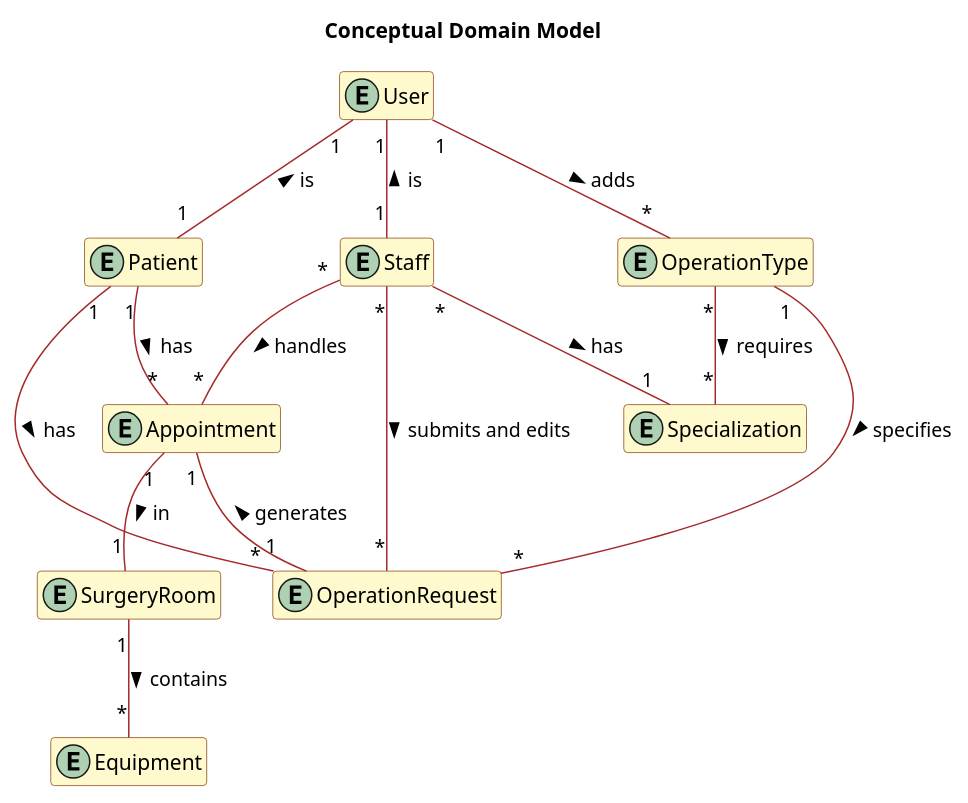
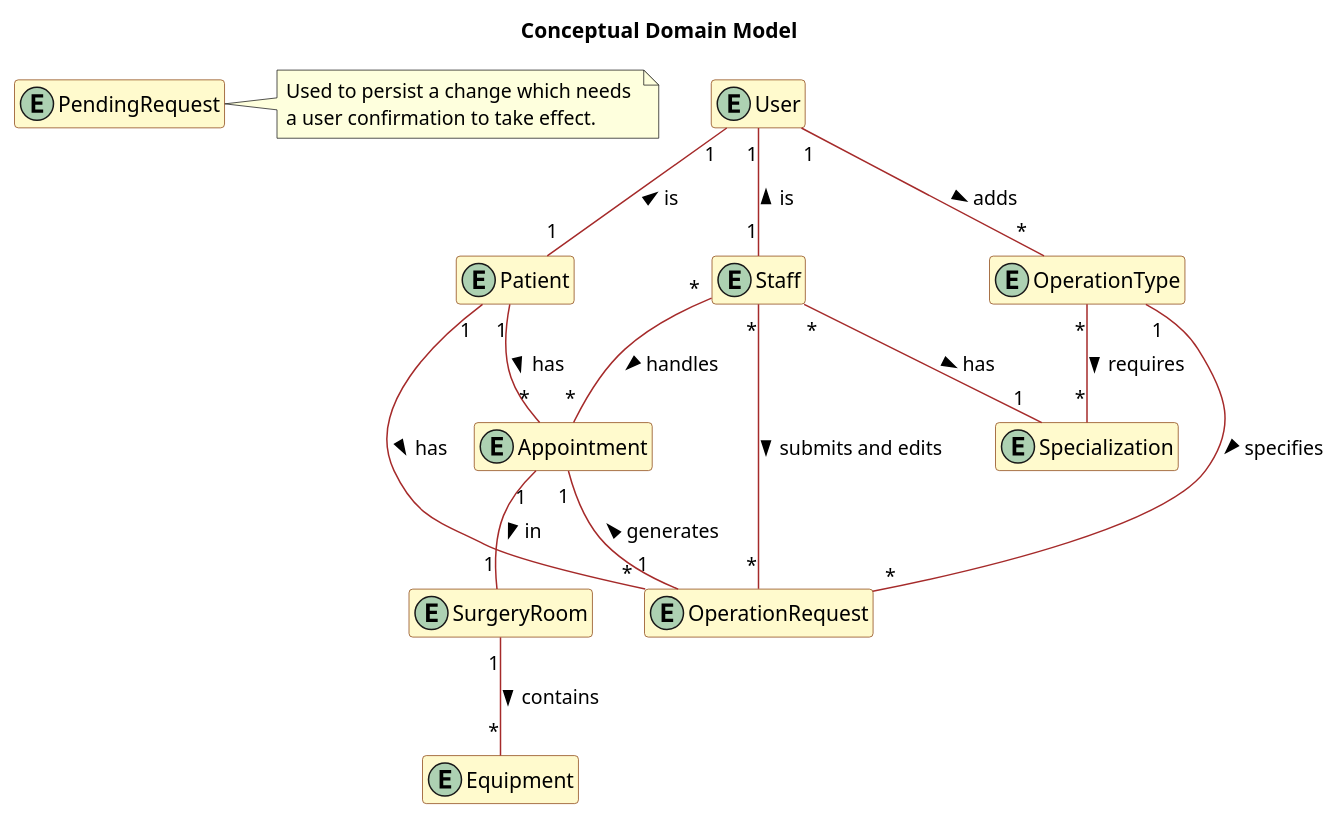
The diagram in Docs/Sprint1/DomainModel/Conceptual Domain Model.puml (LAPR5-043/sem_5_24_25_043), drawn with PlantUML before and after one commit.

Commit message:
#3 Added PendingRequest entity to Conceptual Domain Model

```diff
--- a/Docs/Sprint1/DomainModel/Conceptual Domain Model.puml
+++ b/Docs/Sprint1/DomainModel/Conceptual Domain Model.puml
@@ -1,110 +1,123 @@
 @startuml
 
 ' Title
 title Conceptual Domain Model
 
 skinparam classAttributeIconSize 0
 hide empty members
 hide attributes
 
 skinparam class {
     BackgroundColor LemonChiffon
     ArrowColor Brown
     BorderColor SaddleBrown
 }
 
 entity Appointment {
     - id
     - requestID
     - roomID
     - dateAndTime
     - status
 }
 
 entity Equipment{
     - name
     - description
 }
 
 entity SurgeryRoom{
     - roomNumber
     - type
     - capacity
     '- assignedEquipment
     - currentStatus
     - maintenanceSlots
 }
 
 entity User{
     - username
     - role
     - email
 }
 
 entity OperationType{
     - id
     - name
     '- requiredStaffBySpecialization
     - estimatedDuration
 }
 
 entity OperationRequest{
     - id
     - patientID
     - doctorID
     - operationTypeID
     - deadlineDate
     - priority
 }
 
 entity Staff{
     - firstName
     - lastName
     - fullName
     - licenseNumber
     '- specialization
     - contactInformation
     - availabilitySlots
 }
 
 entity Patient{
     - firstName
     - lastName
     - fullName
     - dateOfBirth
     - gender
     - medicalRecordNumber
     - contactInformation
     - allergiesAndConditions
     - emergencyContact
     '- appointmentHistory
 }
 
 entity Specialization{
     - name
     - description
 }
 
+entity PendingRequest{
+    - id
+    - userID
+    - attributeName
+    - pendingValue
+    - oldValue
+}
+note right of PendingRequest
+Used to persist a change which needs 
+a user confirmation to take effect.
+end note
+
+
 
 
 ' Relationships
 User "1" -- "1" Patient : is <
 User "1" -- "1" Staff : is <
 User "1" -- "*" OperationType : adds >
 
 Patient "1" -- "*" Appointment : has >
 Patient "1" -- "*" OperationRequest : has >
 
 Staff "*" -- "1" Specialization : has >
 Staff "*" -- "*" OperationRequest : submits and edits >
 Staff "*" -- "*" Appointment : handles >
 
 OperationType "*" -- "*" Specialization : requires >
 OperationType "1" -- "*" OperationRequest : specifies >
 
 Appointment "1" -- "1" SurgeryRoom : in >
 Appointment "1" -- "1" OperationRequest :  generates <
 
 SurgeryRoom "1" -- "*" Equipment : contains >
 
 @enduml
```
